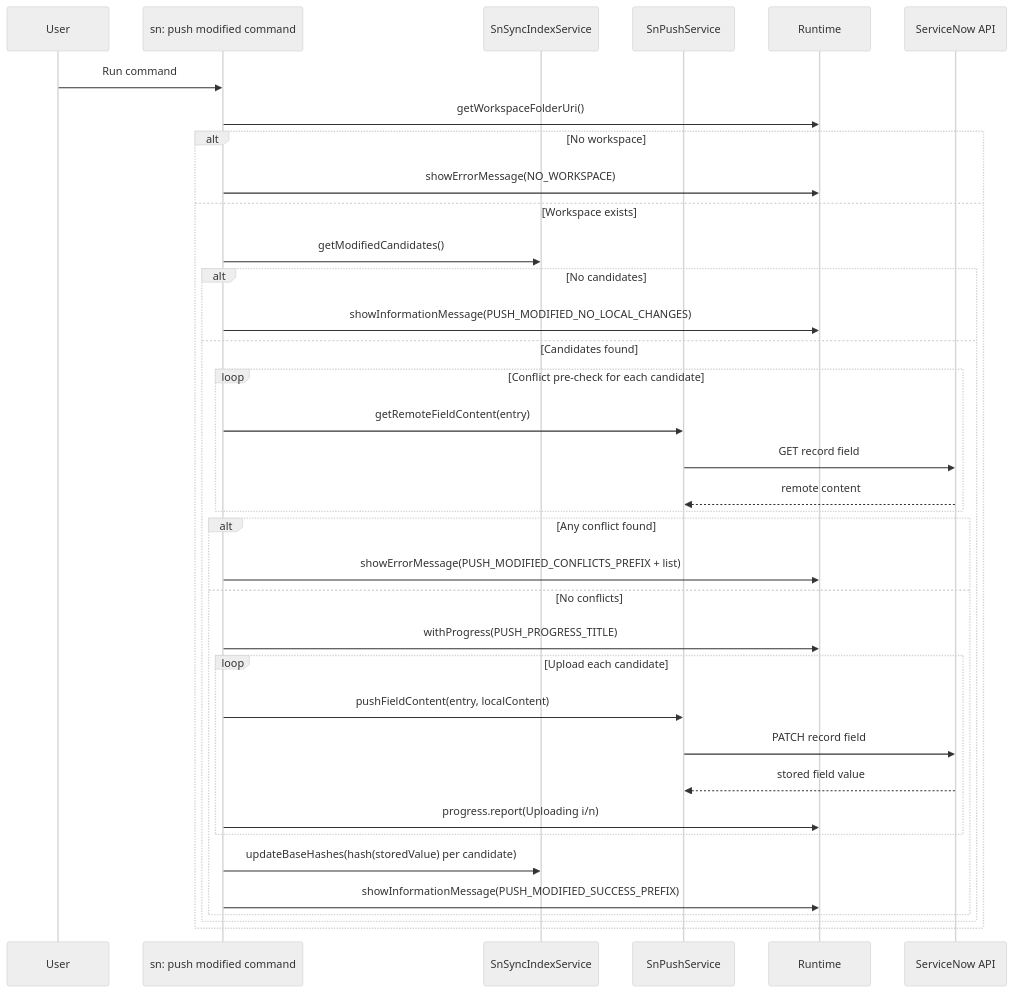
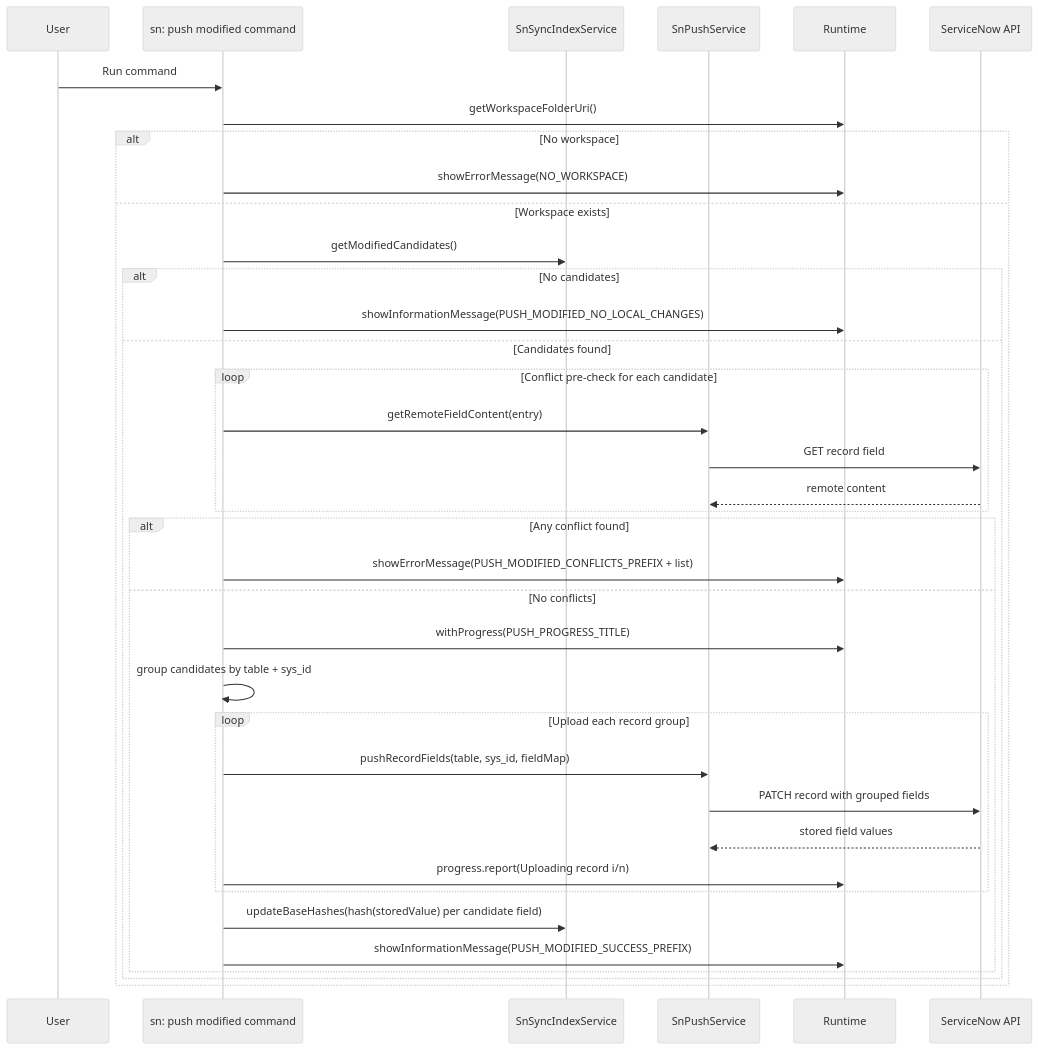
One commit to AlexAlvarez092/sn-sync changed the diagram in docs/sn-push-modified.md. Above: the diagram before and after it, drawn with Mermaid (neutral theme). The commit also changed other lines of this file and 2 other files, not shown here.

Commit message:
docs: update README and architecture to reflect grouped remote writes in push modified command

````diff
--- a/docs/sn-push-modified.md
+++ b/docs/sn-push-modified.md
@@ -81,39 +86,40 @@
 ```mermaid
 sequenceDiagram
    participant U as User
    participant C as sn: push modified command
    participant I as SnSyncIndexService
    participant P as SnPushService
    participant R as Runtime
    participant N as ServiceNow API
 
    U->>C: Run command
    C->>R: getWorkspaceFolderUri()
    alt No workspace
       C->>R: showErrorMessage(NO_WORKSPACE)
    else Workspace exists
       C->>I: getModifiedCandidates()
       alt No candidates
          C->>R: showInformationMessage(PUSH_MODIFIED_NO_LOCAL_CHANGES)
       else Candidates found
          loop Conflict pre-check for each candidate
             C->>P: getRemoteFieldContent(entry)
             P->>N: GET record field
             N-->>P: remote content
          end
          alt Any conflict found
             C->>R: showErrorMessage(PUSH_MODIFIED_CONFLICTS_PREFIX + list)
          else No conflicts
             C->>R: withProgress(PUSH_PROGRESS_TITLE)
-            loop Upload each candidate
-               C->>P: pushFieldContent(entry, localContent)
-               P->>N: PATCH record field
-               N-->>P: stored field value
-               C->>R: progress.report(Uploading i/n)
+            C->>C: group candidates by table + sys_id
+            loop Upload each record group
+               C->>P: pushRecordFields(table, sys_id, fieldMap)
+               P->>N: PATCH record with grouped fields
+               N-->>P: stored field values
+               C->>R: progress.report(Uploading record i/n)
             end
-            C->>I: updateBaseHashes(hash(storedValue) per candidate)
+            C->>I: updateBaseHashes(hash(storedValue) per candidate field)
             C->>R: showInformationMessage(PUSH_MODIFIED_SUCCESS_PREFIX)
          end
       end
    end
 ```
````
